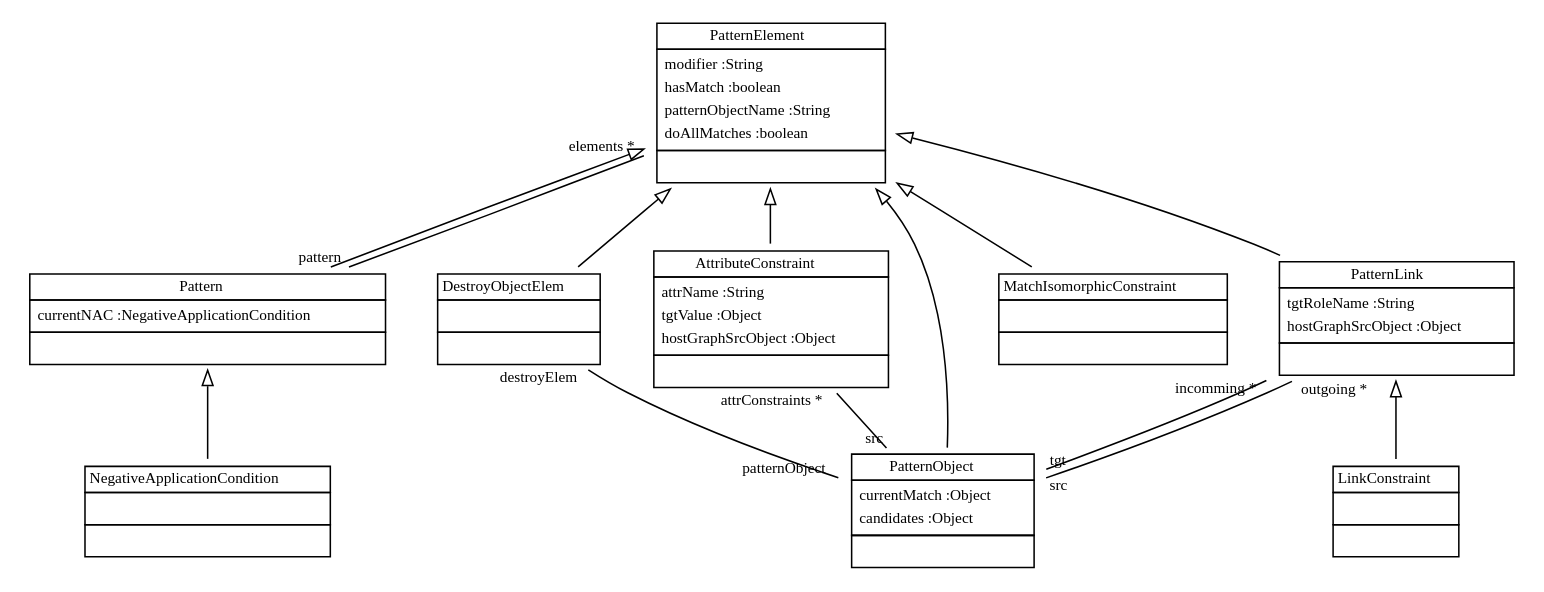
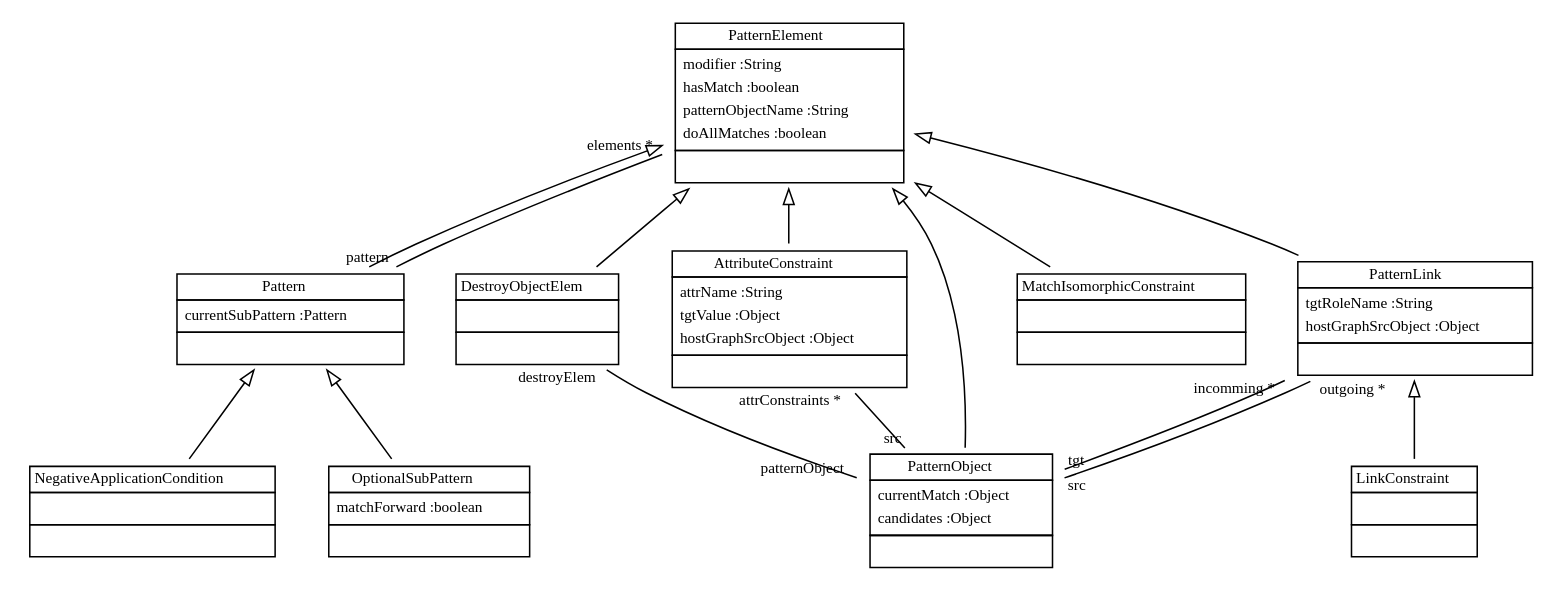
One commit to fujaba/SDMLib changed the diagram in doc/PatternModel01.dot. Above: the diagram before and after it, drawn with Graphviz. The commit also changed 18 other files, not shown here.

```diff
--- a/doc/PatternModel01.dot
+++ b/doc/PatternModel01.dot
@@ -1,32 +1,34 @@
 
  digraph ClassDiagram {
     node [shape = none, fontsize = 10]; 
     edge [fontsize = 10];
     
     
     _PatternElement [label=<<table border='0' cellborder='1' cellspacing='0'> <tr> <td>PatternElement</td> </tr> <tr><td><table border='0' cellborder='0' cellspacing='0'> <tr><td align='left'>modifier :String</td></tr> <tr><td align='left'>hasMatch :boolean</td></tr> <tr><td align='left'>patternObjectName :String</td></tr> <tr><td align='left'>doAllMatches :boolean</td></tr>  </table></td></tr> <tr><td><table border='0' cellborder='0' cellspacing='0'> <tr><td> </td></tr> </table></td></tr> </table>>];
-    _Pattern [label=<<table border='0' cellborder='1' cellspacing='0'> <tr> <td>Pattern</td> </tr> <tr><td><table border='0' cellborder='0' cellspacing='0'> <tr><td align='left'>currentNAC :NegativeApplicationCondition</td></tr>  </table></td></tr> <tr><td><table border='0' cellborder='0' cellspacing='0'> <tr><td> </td></tr> </table></td></tr> </table>>];
+    _Pattern [label=<<table border='0' cellborder='1' cellspacing='0'> <tr> <td>Pattern</td> </tr> <tr><td><table border='0' cellborder='0' cellspacing='0'> <tr><td align='left'>currentSubPattern :Pattern</td></tr>  </table></td></tr> <tr><td><table border='0' cellborder='0' cellspacing='0'> <tr><td> </td></tr> </table></td></tr> </table>>];
     _NegativeApplicationCondition [label=<<table border='0' cellborder='1' cellspacing='0'> <tr> <td>NegativeApplicationCondition</td> </tr> <tr><td><table border='0' cellborder='0' cellspacing='0'> <tr><td> </td></tr> </table></td></tr> <tr><td><table border='0' cellborder='0' cellspacing='0'> <tr><td> </td></tr> </table></td></tr> </table>>];
+    _OptionalSubPattern [label=<<table border='0' cellborder='1' cellspacing='0'> <tr> <td>OptionalSubPattern</td> </tr> <tr><td><table border='0' cellborder='0' cellspacing='0'> <tr><td align='left'>matchForward :boolean</td></tr>  </table></td></tr> <tr><td><table border='0' cellborder='0' cellspacing='0'> <tr><td> </td></tr> </table></td></tr> </table>>];
     _PatternObject [label=<<table border='0' cellborder='1' cellspacing='0'> <tr> <td>PatternObject</td> </tr> <tr><td><table border='0' cellborder='0' cellspacing='0'> <tr><td align='left'>currentMatch :Object</td></tr> <tr><td align='left'>candidates :Object</td></tr>  </table></td></tr> <tr><td><table border='0' cellborder='0' cellspacing='0'> <tr><td> </td></tr> </table></td></tr> </table>>];
     _PatternLink [label=<<table border='0' cellborder='1' cellspacing='0'> <tr> <td>PatternLink</td> </tr> <tr><td><table border='0' cellborder='0' cellspacing='0'> <tr><td align='left'>tgtRoleName :String</td></tr> <tr><td align='left'>hostGraphSrcObject :Object</td></tr>  </table></td></tr> <tr><td><table border='0' cellborder='0' cellspacing='0'> <tr><td> </td></tr> </table></td></tr> </table>>];
     _AttributeConstraint [label=<<table border='0' cellborder='1' cellspacing='0'> <tr> <td>AttributeConstraint</td> </tr> <tr><td><table border='0' cellborder='0' cellspacing='0'> <tr><td align='left'>attrName :String</td></tr> <tr><td align='left'>tgtValue :Object</td></tr> <tr><td align='left'>hostGraphSrcObject :Object</td></tr>  </table></td></tr> <tr><td><table border='0' cellborder='0' cellspacing='0'> <tr><td> </td></tr> </table></td></tr> </table>>];
     _LinkConstraint [label=<<table border='0' cellborder='1' cellspacing='0'> <tr> <td>LinkConstraint</td> </tr> <tr><td><table border='0' cellborder='0' cellspacing='0'> <tr><td> </td></tr> </table></td></tr> <tr><td><table border='0' cellborder='0' cellspacing='0'> <tr><td> </td></tr> </table></td></tr> </table>>];
     _MatchIsomorphicConstraint [label=<<table border='0' cellborder='1' cellspacing='0'> <tr> <td>MatchIsomorphicConstraint</td> </tr> <tr><td><table border='0' cellborder='0' cellspacing='0'> <tr><td> </td></tr> </table></td></tr> <tr><td><table border='0' cellborder='0' cellspacing='0'> <tr><td> </td></tr> </table></td></tr> </table>>];
     _DestroyObjectElem [label=<<table border='0' cellborder='1' cellspacing='0'> <tr> <td>DestroyObjectElem</td> </tr> <tr><td><table border='0' cellborder='0' cellspacing='0'> <tr><td> </td></tr> </table></td></tr> <tr><td><table border='0' cellborder='0' cellspacing='0'> <tr><td> </td></tr> </table></td></tr> </table>>];
     
     
     
     _PatternElement ->  _Pattern [dir = "back" arrowtail = "empty"];
     _Pattern ->  _NegativeApplicationCondition [dir = "back" arrowtail = "empty"];
+    _Pattern ->  _OptionalSubPattern [dir = "back" arrowtail = "empty"];
     _PatternElement ->  _PatternObject [dir = "back" arrowtail = "empty"];
     _PatternElement ->  _PatternLink [dir = "back" arrowtail = "empty"];
     _PatternElement ->  _AttributeConstraint [dir = "back" arrowtail = "empty"];
     _PatternLink ->  _LinkConstraint [dir = "back" arrowtail = "empty"];
     _PatternElement ->  _MatchIsomorphicConstraint [dir = "back" arrowtail = "empty"];
     _PatternElement ->  _DestroyObjectElem [dir = "back" arrowtail = "empty"];
     _Pattern -> _PatternElement [headlabel = "elements *" taillabel = "pattern" arrowhead = "none" ];
     _PatternLink -> _PatternObject [headlabel = "tgt" taillabel = "incomming *" arrowhead = "none" ];
     _PatternLink -> _PatternObject [headlabel = "src" taillabel = "outgoing *" arrowhead = "none" ];
     _AttributeConstraint -> _PatternObject [headlabel = "src" taillabel = "attrConstraints *" arrowhead = "none" ];
     _DestroyObjectElem -> _PatternObject [headlabel = "patternObject" taillabel = "destroyElem" arrowhead = "none" ];
 }
```
